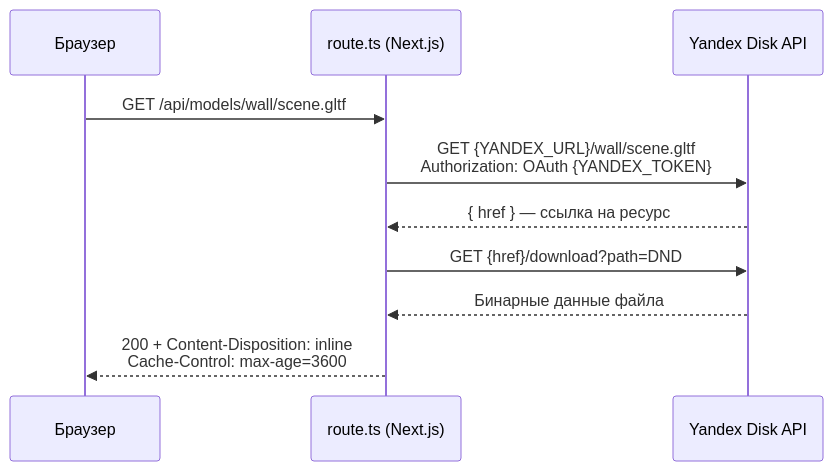
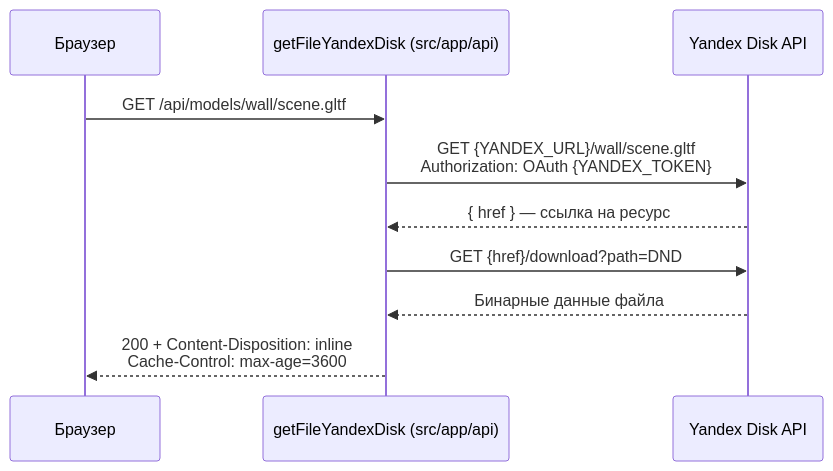
Before and after one commit to Nikita-Ardashev/dnd-frontend: the second of 2 diagrams in docs/10-routing-and-layout.md, drawn with Mermaid. The commit also changed other lines of this file and 27 other files, not shown here.

````diff
--- a/docs/10-routing-and-layout.md
+++ b/docs/10-routing-and-layout.md
@@ -72,13 +88,13 @@
 ```mermaid
 sequenceDiagram
     participant C as Браузер
-    participant R as route.ts (Next.js)
+    participant R as getFileYandexDisk (src/app/api)
     participant Y as Yandex Disk API
 
     C->>R: GET /api/models/wall/scene.gltf
     R->>Y: GET {YANDEX_URL}/wall/scene.gltf<br/>Authorization: OAuth {YANDEX_TOKEN}
     Y-->>R: { href } — ссылка на ресурс
     R->>Y: GET {href}/download?path=DND
     Y-->>R: Бинарные данные файла
     R-->>C: 200 + Content-Disposition: inline<br/>Cache-Control: max-age=3600
 ```
````
